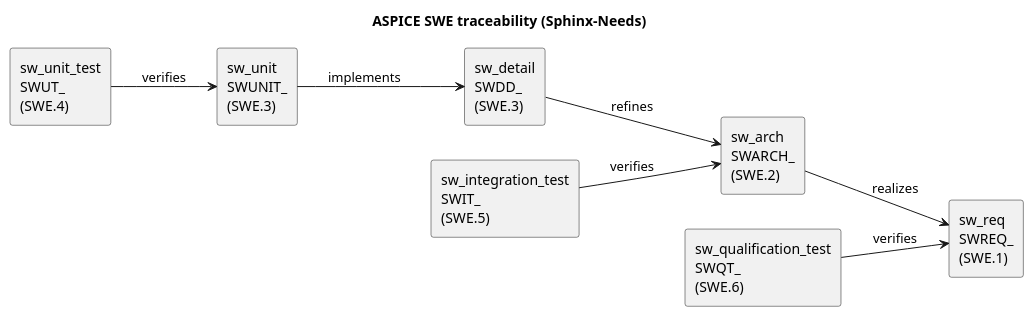
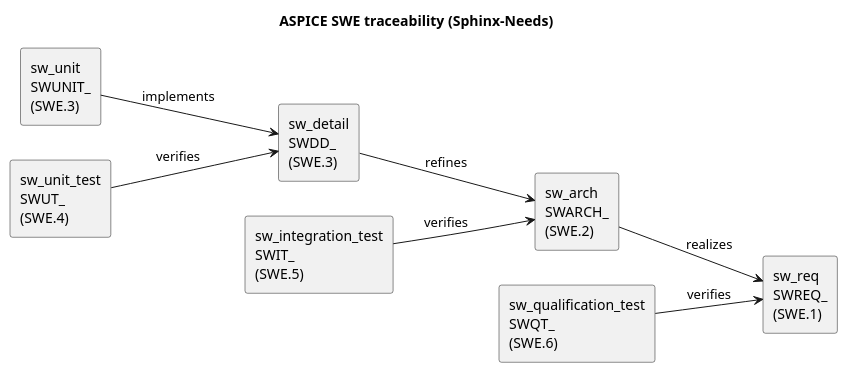
The diagram in .agents/sweTraceability.puml (LinhTrucVo/Bico_Protocol_Bridge), drawn with PlantUML before and after one commit. The commit also changed 12 other files, not shown here.

Commit message:
add the swcreq task to architect agent

```diff
--- a/.agents/sweTraceability.puml
+++ b/.agents/sweTraceability.puml
@@ -1,23 +1,23 @@
 @startuml
 title ASPICE SWE traceability (Sphinx-Needs)
 
 left to right direction
 
 rectangle "sw_req\nSWREQ_\n(SWE.1)" as REQ
 rectangle "sw_arch\nSWARCH_\n(SWE.2)" as ARCH
 rectangle "sw_detail\nSWDD_\n(SWE.3)" as DD
 rectangle "sw_unit\nSWUNIT_\n(SWE.3)" as UNIT
 
 rectangle "sw_qualification_test\nSWQT_\n(SWE.6)" as QT
 rectangle "sw_integration_test\nSWIT_\n(SWE.5)" as IT
 rectangle "sw_unit_test\nSWUT_\n(SWE.4)" as UT
 
 ARCH --> REQ : realizes
 DD --> ARCH : refines
 UNIT --> DD : implements
 
-UT --> UNIT : verifies
+UT --> DD : verifies
 IT --> ARCH : verifies
 QT --> REQ : verifies
 
 @enduml
```
